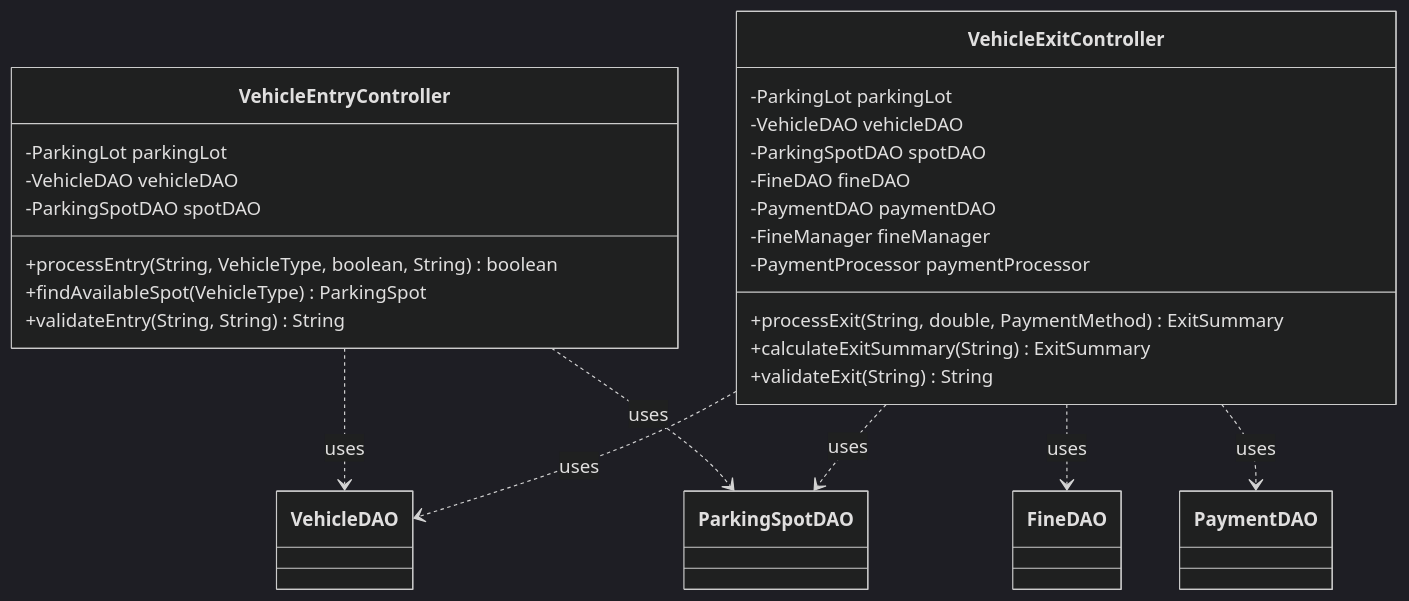
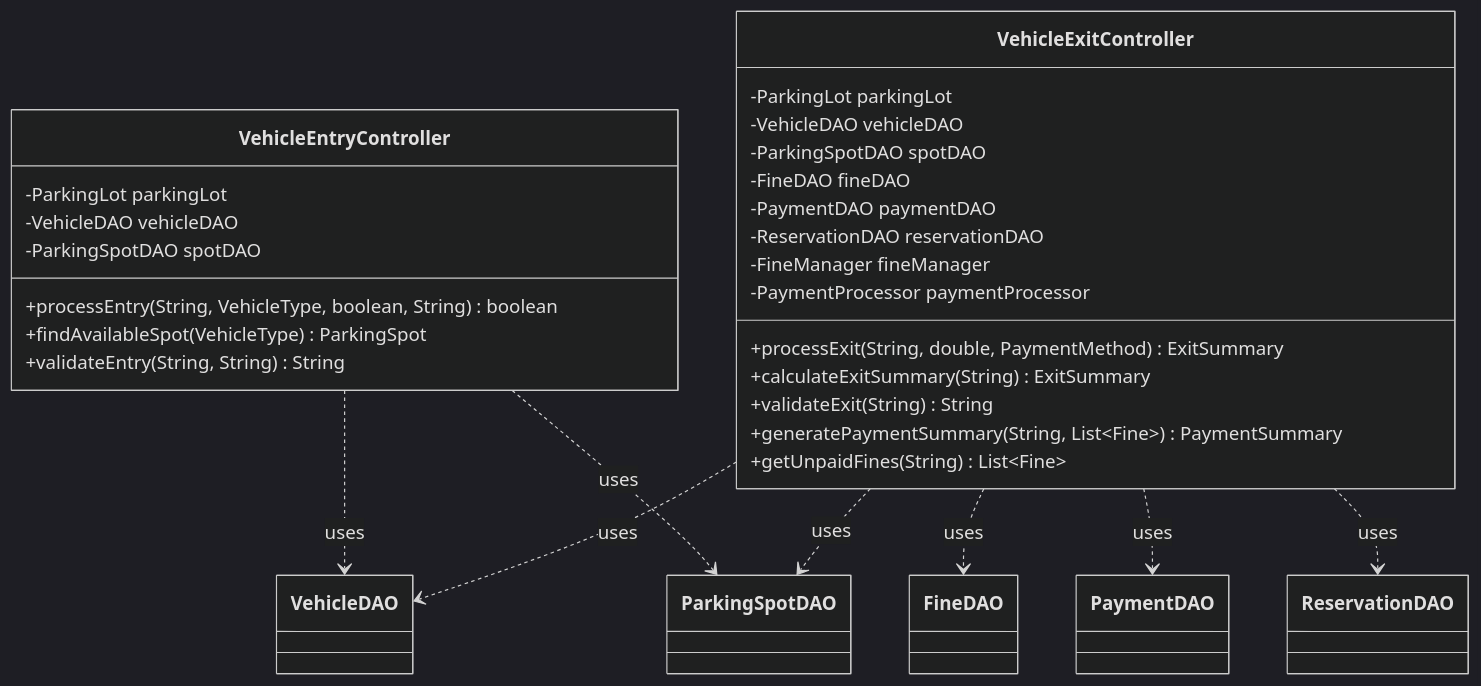
The fifth of 22 diagrams in UML_DIAGRAMS.md (Jinyuanmak/OOAD-Assignment), drawn with Mermaid (dark theme) before and after one commit. The commit also changed other lines of this file and 1 other file, not shown here.

````diff
--- a/UML_DIAGRAMS.md
+++ b/UML_DIAGRAMS.md
@@ -278,31 +306,35 @@
 ```mermaid
 classDiagram
     class VehicleEntryController {
         -ParkingLot parkingLot
         -VehicleDAO vehicleDAO
         -ParkingSpotDAO spotDAO
         +processEntry(String, VehicleType, boolean, String) boolean
         +findAvailableSpot(VehicleType) ParkingSpot
         +validateEntry(String, String) String
     }
     
     class VehicleExitController {
         -ParkingLot parkingLot
         -VehicleDAO vehicleDAO
         -ParkingSpotDAO spotDAO
         -FineDAO fineDAO
         -PaymentDAO paymentDAO
+        -ReservationDAO reservationDAO
         -FineManager fineManager
         -PaymentProcessor paymentProcessor
         +processExit(String, double, PaymentMethod) ExitSummary
         +calculateExitSummary(String) ExitSummary
         +validateExit(String) String
+        +generatePaymentSummary(String, List~Fine~) PaymentSummary
+        +getUnpaidFines(String) List~Fine~
     }
     
     VehicleEntryController ..> VehicleDAO : uses
     VehicleEntryController ..> ParkingSpotDAO : uses
     VehicleExitController ..> VehicleDAO : uses
     VehicleExitController ..> ParkingSpotDAO : uses
     VehicleExitController ..> FineDAO : uses
     VehicleExitController ..> PaymentDAO : uses
+    VehicleExitController ..> ReservationDAO : uses
 ```
````
